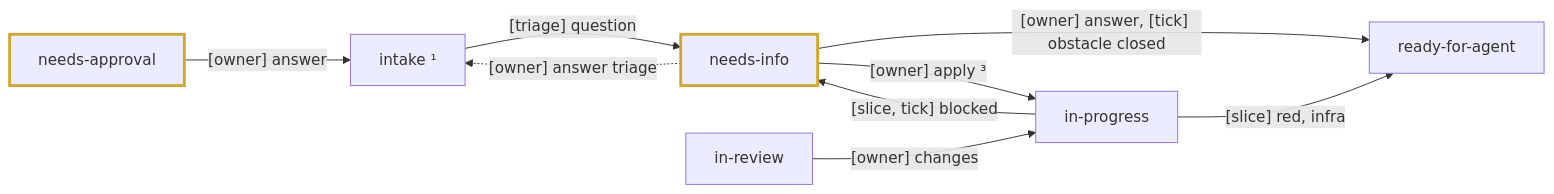
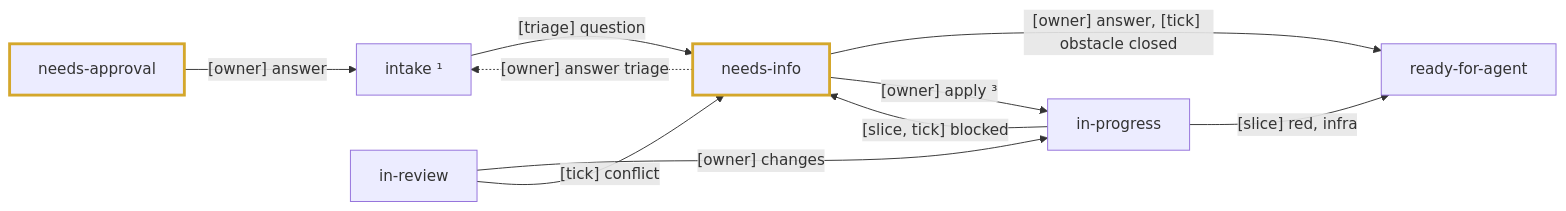
Before and after one commit to dvalnn/maestro: the fifth of 5 diagrams in docs/agents/factory.md, drawn with Mermaid. The commit also changed other lines of this file and 9 other files, not shown here.

````diff
--- a/docs/agents/factory.md
+++ b/docs/agents/factory.md
@@ -187,14 +192,15 @@
 ```mermaid
 flowchart LR
     IN["intake ¹"] -->|"[triage] question"| NI["needs-info"]
     NA["needs-approval"] -->|"[owner] answer"| IN
     IP["in-progress"] -->|"[slice, tick] blocked"| NI
     NI -->|"[owner] answer, [tick] obstacle closed"| RA["ready-for-agent"]
     NI -.->|"[owner] answer triage"| IN
     NI -->|"[owner] apply ³"| IP
     IP -->|"[slice] red, infra"| RA
     IR["in-review"] -->|"[owner] changes"| IP
+    IR -->|"[tick] conflict"| NI
 
     classDef owner stroke:#d4a72c,stroke-width:3px
     class NA,NI owner
 ```
````
